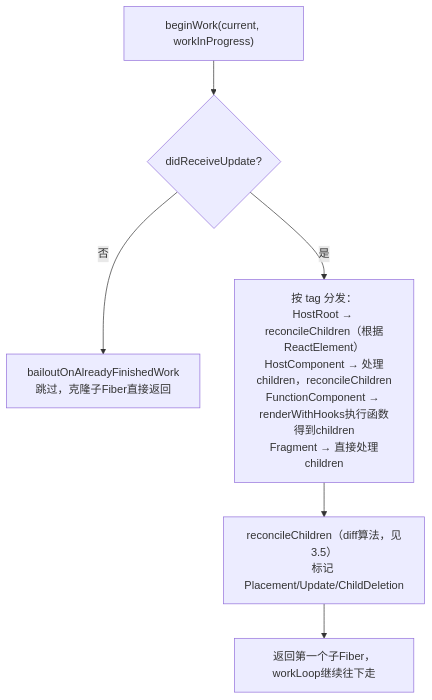
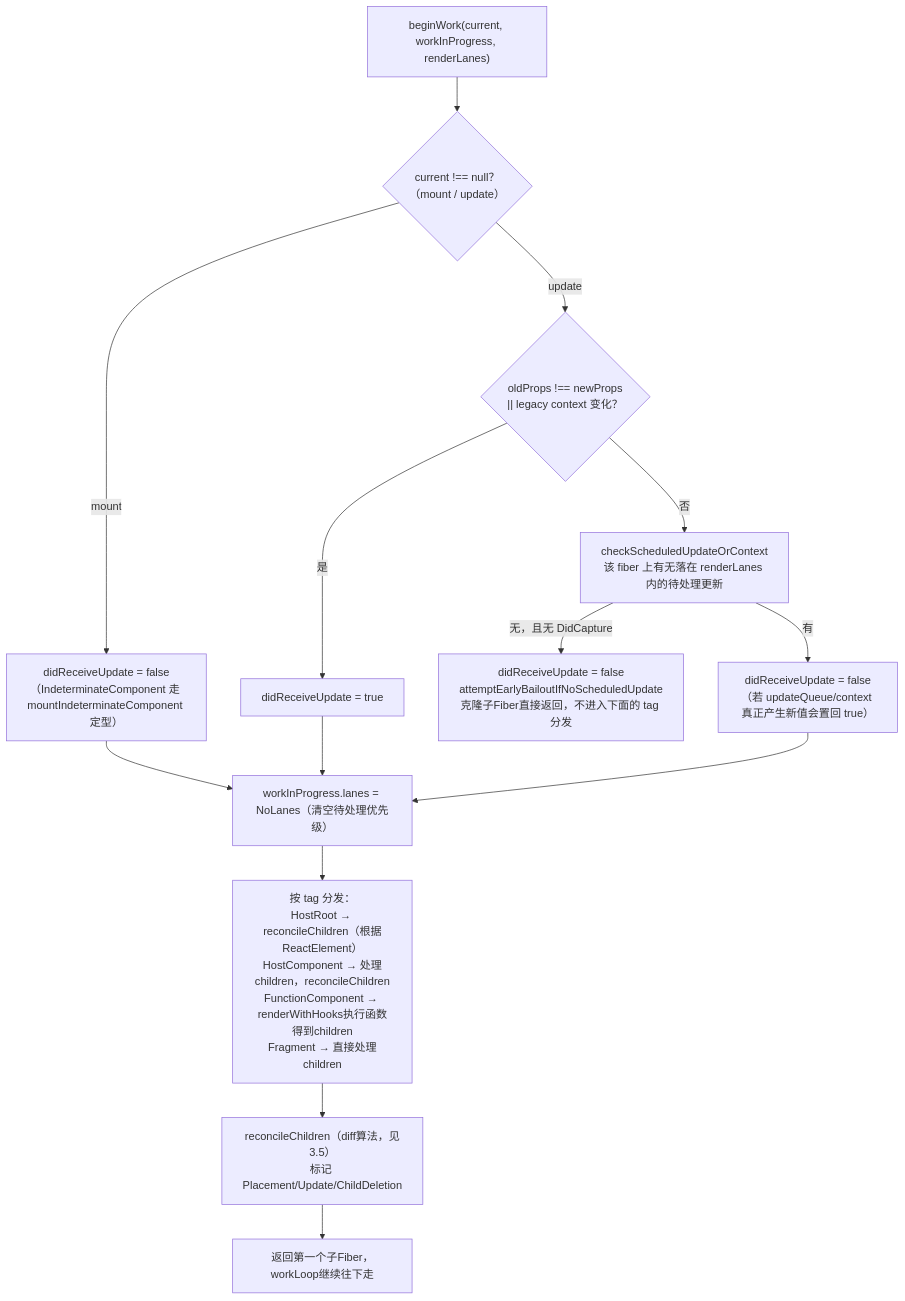
Before and after one commit to lotosv2010/react-source: the ninth of 18 diagrams in docs/react-core.md, drawn with Mermaid. The commit also changed other lines of this file and 1 other file, not shown here.

First line of the commit message:
docs: 修正流程图与官方源码的偏差，补充缺失知识点

````diff
--- a/docs/react-core.md
+++ b/docs/react-core.md
@@ -177,8 +177,16 @@
 ```mermaid
 flowchart TD
-    A["beginWork(current, workInProgress)"] --> B{didReceiveUpdate?}
-    B -->|否| C["bailoutOnAlreadyFinishedWork<br/>跳过，克隆子Fiber直接返回"]
-    B -->|是| D["按 tag 分发：<br/>HostRoot → reconcileChildren（根据ReactElement）<br/>HostComponent → 处理children，reconcileChildren<br/>FunctionComponent → renderWithHooks执行函数得到children<br/>Fragment → 直接处理children"]
-    D --> E["reconcileChildren（diff算法，见3.5）<br/>标记 Placement/Update/ChildDeletion"]
-    E --> F[返回第一个子Fiber，workLoop继续往下走]
+    A["beginWork(current, workInProgress, renderLanes)"] --> B{"current !== null？<br/>（mount / update）"}
+    B -->|mount| M["didReceiveUpdate = false<br/>（IndeterminateComponent 走 mountIndeterminateComponent 定型）"]
+    B -->|update| C{"oldProps !== newProps<br/>|| legacy context 变化？"}
+    C -->|是| D["didReceiveUpdate = true"]
+    C -->|否| E["checkScheduledUpdateOrContext<br/>该 fiber 上有无落在 renderLanes 内的待处理更新"]
+    E -->|无，且无 DidCapture| F["didReceiveUpdate = false<br/>attemptEarlyBailoutIfNoScheduledUpdate<br/>克隆子Fiber直接返回，不进入下面的 tag 分发"]
+    E -->|有| G["didReceiveUpdate = false<br/>（若 updateQueue/context 真正产生新值会置回 true）"]
+    M --> H["workInProgress.lanes = NoLanes（清空待处理优先级）"]
+    D --> H
+    G --> H
+    H --> I["按 tag 分发：<br/>HostRoot → reconcileChildren（根据ReactElement）<br/>HostComponent → 处理children，reconcileChildren<br/>FunctionComponent → renderWithHooks执行函数得到children<br/>Fragment → 直接处理children"]
+    I --> J["reconcileChildren（diff算法，见3.5）<br/>标记 Placement/Update/ChildDeletion"]
+    J --> K[返回第一个子Fiber，workLoop继续往下走]
 ```
````
